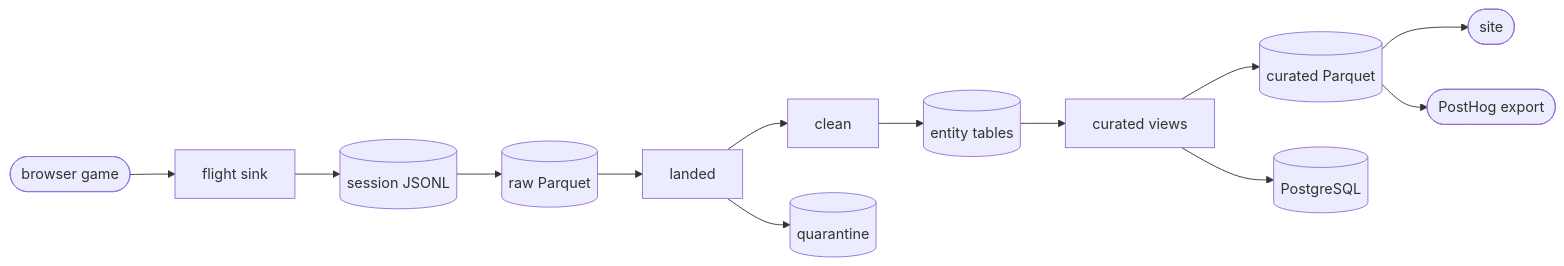
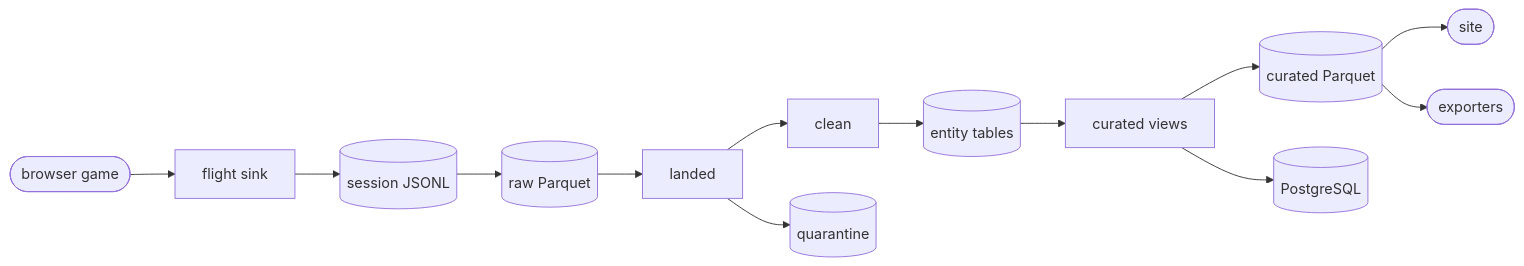
One commit to MrBisonte/flightdeck changed the first of 2 diagrams in docs/hlad.md. Above: the diagram before and after it, drawn with Mermaid. The commit also changed other lines of this file and 4 other files, not shown here.

````diff
--- a/docs/hlad.md
+++ b/docs/hlad.md
@@ -27,15 +27,15 @@
 ```mermaid
 flowchart LR
   game([browser game]) --> sink[flight sink]
   sink --> file[(session JSONL)]
   file --> raw[(raw Parquet)]
   raw --> landed[landed]
   landed --> clean[clean]
   landed --> quarantine[(quarantine)]
   clean --> entities[(entity tables)]
   entities --> curated[curated views]
   curated --> published[(curated Parquet)]
   curated --> postgres[(PostgreSQL)]
   published --> site([site])
-  published --> posthog([PostHog export])
+  published --> exporters([exporters])
 ```
````
